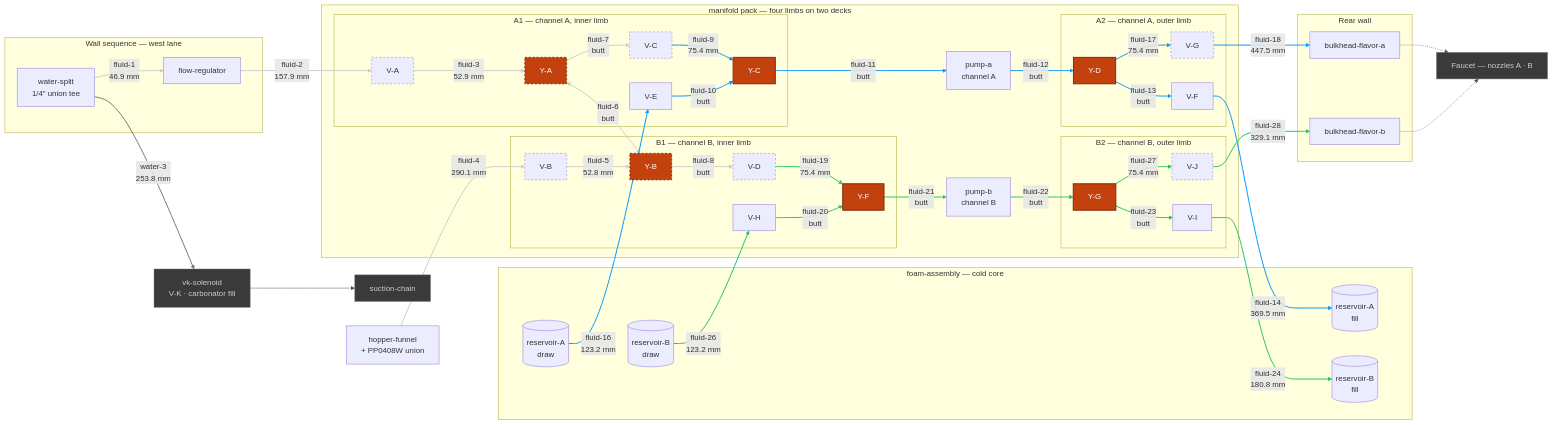
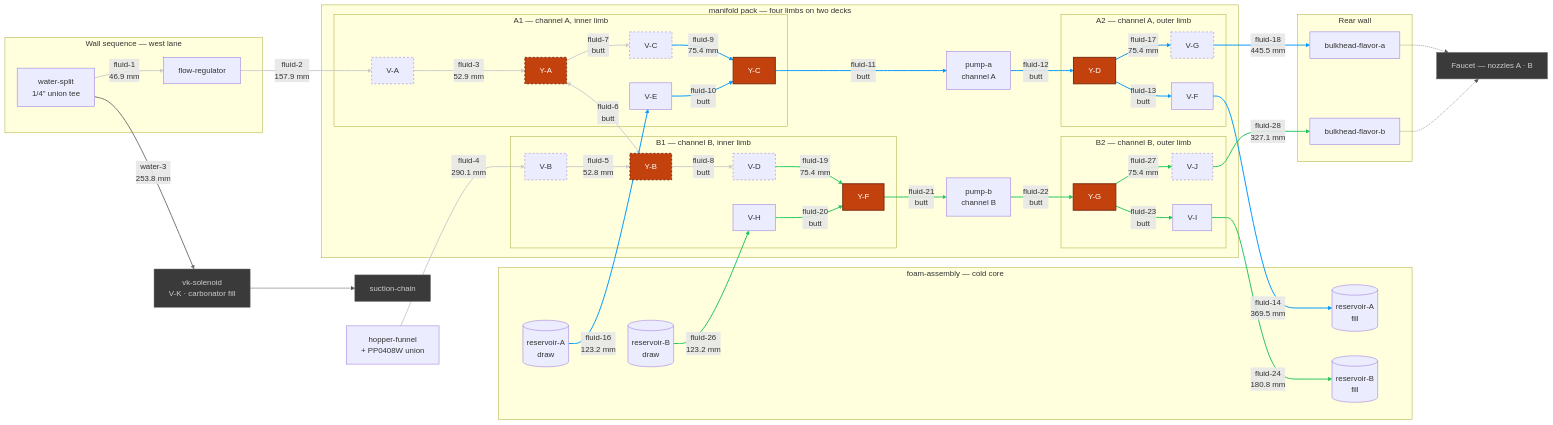
The diagram in hardware/topology/fluid-topology-manifold.mmd (derekbreden/homesodamachine), drawn with Mermaid before and after one commit. The commit also changed 28 other files, not shown here.

```diff
--- a/hardware/topology/fluid-topology-manifold.mmd
+++ b/hardware/topology/fluid-topology-manifold.mmd
@@ -141,7 +141,7 @@
   VF -->|"fluid-14<br/>369.5 mm"| ResAFill
   ResA -->|"fluid-16<br/>123.2 mm"| VE
   YD -->|"fluid-17<br/>75.4 mm"| VG
-  VG -->|"fluid-18<br/>447.5 mm"| BhA
+  VG -->|"fluid-18<br/>445.5 mm"| BhA
 
   %% =========================
   %% Channel B — fluid-19 … fluid-28
@@ -157,7 +157,7 @@
   VI -->|"fluid-24<br/>180.8 mm"| ResBFill
   ResB -->|"fluid-26<br/>123.2 mm"| VH
   YG -->|"fluid-27<br/>75.4 mm"| VJ
-  VJ -->|"fluid-28<br/>329.1 mm"| BhB
+  VJ -->|"fluid-28<br/>327.1 mm"| BhB
 
   %% =========================
   %% V-K's own two runs — the carbonator circuit, through this bay
```
